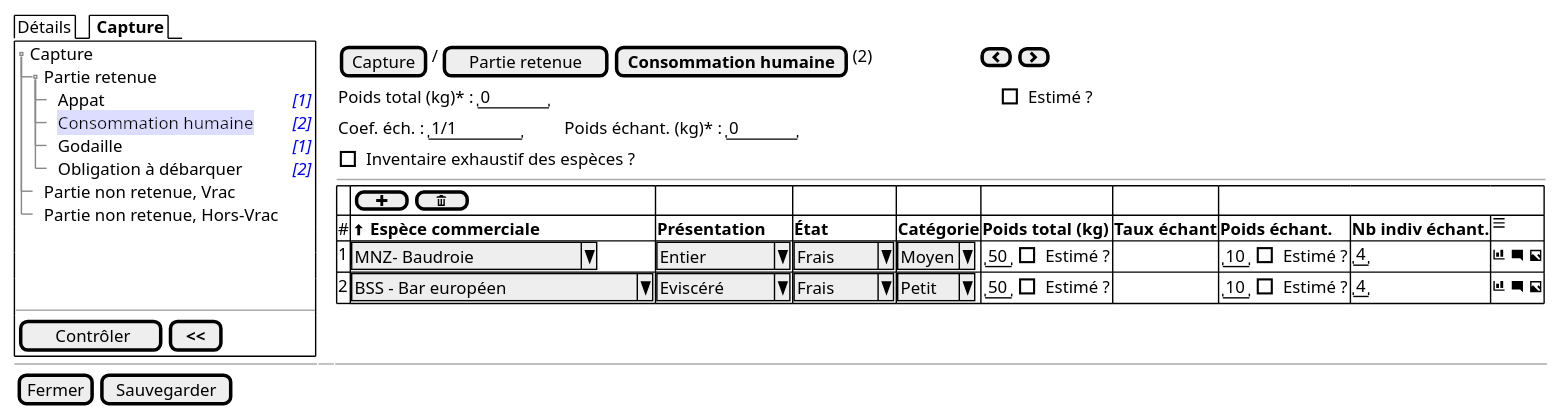
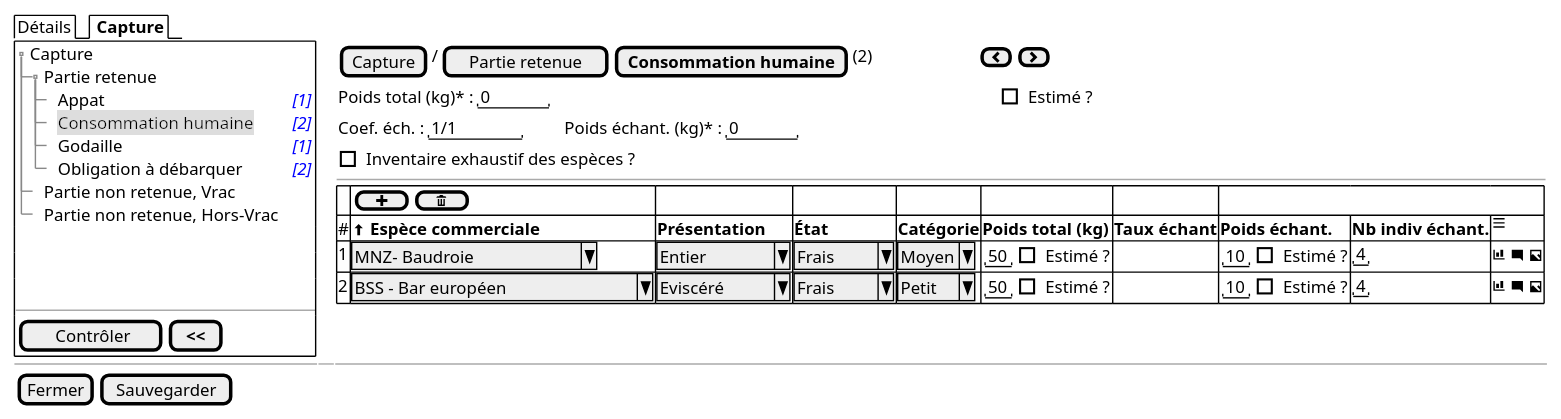
The diagram in projects/obsmer/spe/images/batch/batch-tree-PR-HCN.puml (sumaris-net/sumaris-doc), drawn with PlantUML before and after one commit. The commit also changed 12 other files, not shown here.

```diff
--- a/projects/obsmer/spe/images/batch/batch-tree-PR-HCN.puml
+++ b/projects/obsmer/spe/images/batch/batch-tree-PR-HCN.puml
@@ -1,42 +1,42 @@
 @startsalt
 {
   {/ Détails | <b> Capture }
   {+
    {T
        + Capture
        ++ Partie retenue
        +++ Appat | <i><color:blue>[1]
-       +++ <back:#DDF>Consommation humaine | <i><color:blue>[2]
+       +++ <back:#DDD>Consommation humaine | <i><color:blue>[2]
        +++ Godaille | <i><color:blue>[1]
        +++ Obligation à débarquer | <i><color:blue>[2]
        ++ Partie non retenue, Vrac
        ++ Partie non retenue, Hors-Vrac
    }
     .
     .
     .
    --
    {
       [<&checkmark> Contrôler] | [ <b><< ]
    }
   } | . | {
     { [Capture] | / | [Partie retenue] | [<b>Consommation humaine] | (2) | . | . | . | . | . | . | . | . | . | . | . | . | . | . | { [<&chevron-left>] | [<&chevron-right>] } }
 
     {Poids total (kg)* : | " 0    " | . | . | . | . | . | . | . | . | . | . | . | . | . | . | . | . | . | . | . | . | . | . | . | . | . | . | . | . | . | . | . | . | . | . | . | . | . | . | . | . | . | . | . | . |. |. |. |. |. |. |. |. |. |. |. |. |. |. |. |. |. |[ ] Estimé ?}
 
     {Coef. éch. : | " 1/1    " | . | . | . | . | . | Poids échant. (kg)* : | " 0    " }
 
     { [ ] Inventaire exhaustif des espèces ? }
     ---
     {#
           . | {[ <&plus> ] | [ <&trash> ] }  | . | . | . | . | .
           # | <&arrow-thick-top> <b>Espèce commerciale  | <b>Présentation | <b>État | <b>Catégorie | <b>Poids total (kg)     |  <b>Taux échant  | <b>Poids échant. | <b>Nb indiv échant. | <&menu>
           1 | ^MNZ- Baudroie       ^ | ^ Entier   ^ | ^ Frais ^ | ^Moyen^ | { "50" | [ ] Estimé ? } |  .   |   { "10" | [ ] Estimé ? }          | "4" | <&bar-chart> <&comment-square> <&image>
           2 | ^BSS - Bar européen       ^ | ^ Eviscéré ^ | ^ Frais ^ | ^Petit^ | { "50" | [ ] Estimé ? }  |  .   |   { "10" | [ ] Estimé ? }          | "4" | <&bar-chart> <&comment-square> <&image>
         }
   }
 
   -- | -- | --
   { [Fermer] | [Sauvegarder] }
 }
 @endsalt
```
